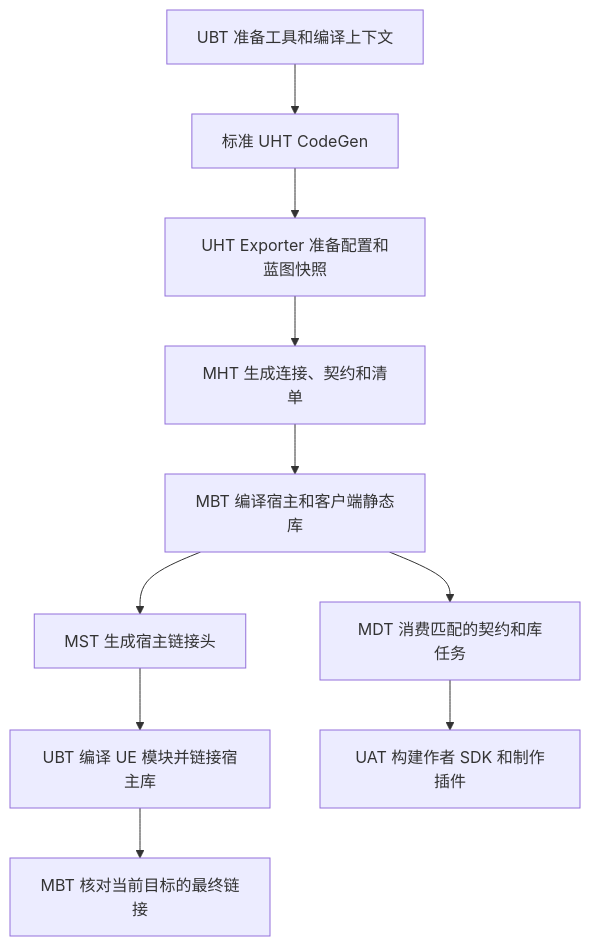
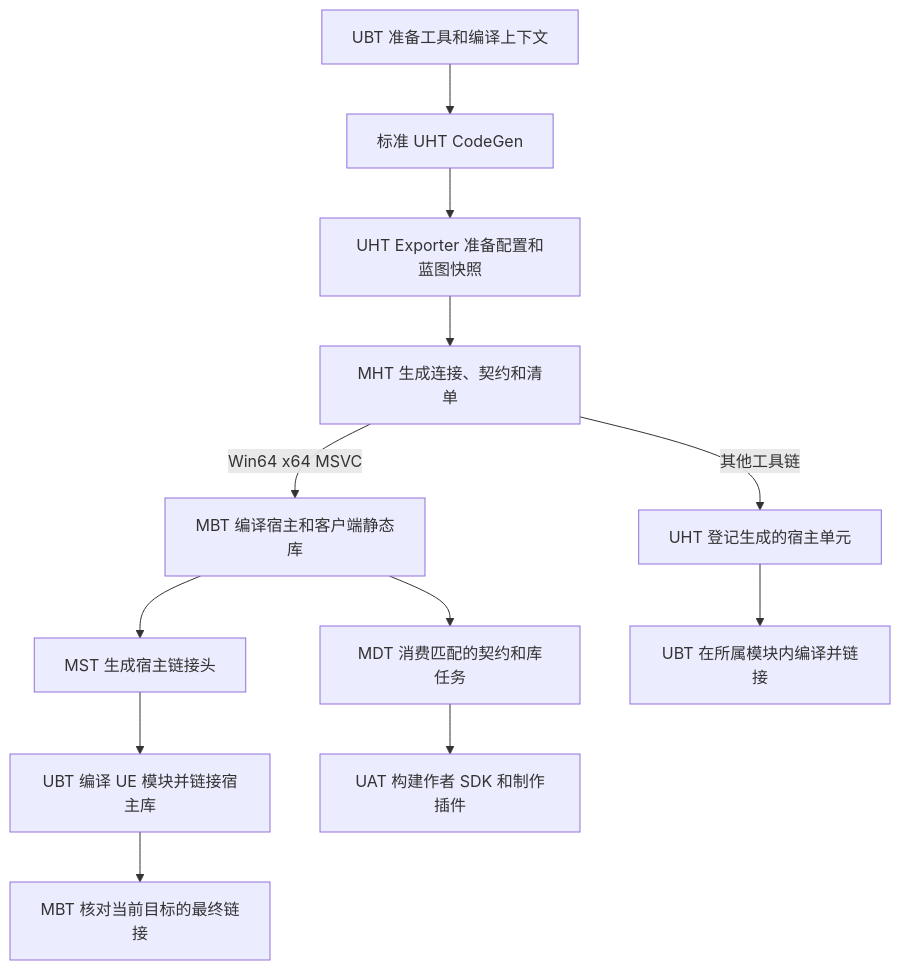
Before and after one commit to Nelaric/UnrealModFramework: the diagram in Docs/UnrealModFramework_游戏端详细设计.md, drawn with Mermaid. The commit also changed other lines of this file and 35 other files, not shown here.

````diff
--- a/Docs/UnrealModFramework_游戏端详细设计.md
+++ b/Docs/UnrealModFramework_游戏端详细设计.md
@@ -435,12 +435,14 @@
 ```mermaid
 flowchart TD
     A[UBT 准备工具和编译上下文] --> B[标准 UHT CodeGen]
     B --> C[UHT Exporter 准备配置和蓝图快照]
     C --> D[MHT 生成连接、契约和清单]
-    D --> E[MBT 编译宿主和客户端静态库]
+    D -->|Win64 x64 MSVC| E[MBT 编译宿主和客户端静态库]
     E --> F[MST 生成宿主链接头]
     F --> G[UBT 编译 UE 模块并链接宿主库]
     G --> H[MBT 核对当前目标的最终链接]
     E --> I[MDT 消费匹配的契约和库任务]
     I --> J[UAT 构建作者 SDK 和制作插件]
+    D -->|其他工具链| K[UHT 登记生成的宿主单元]
+    K --> L[UBT 在所属模块内编译并链接]
 ```
````
